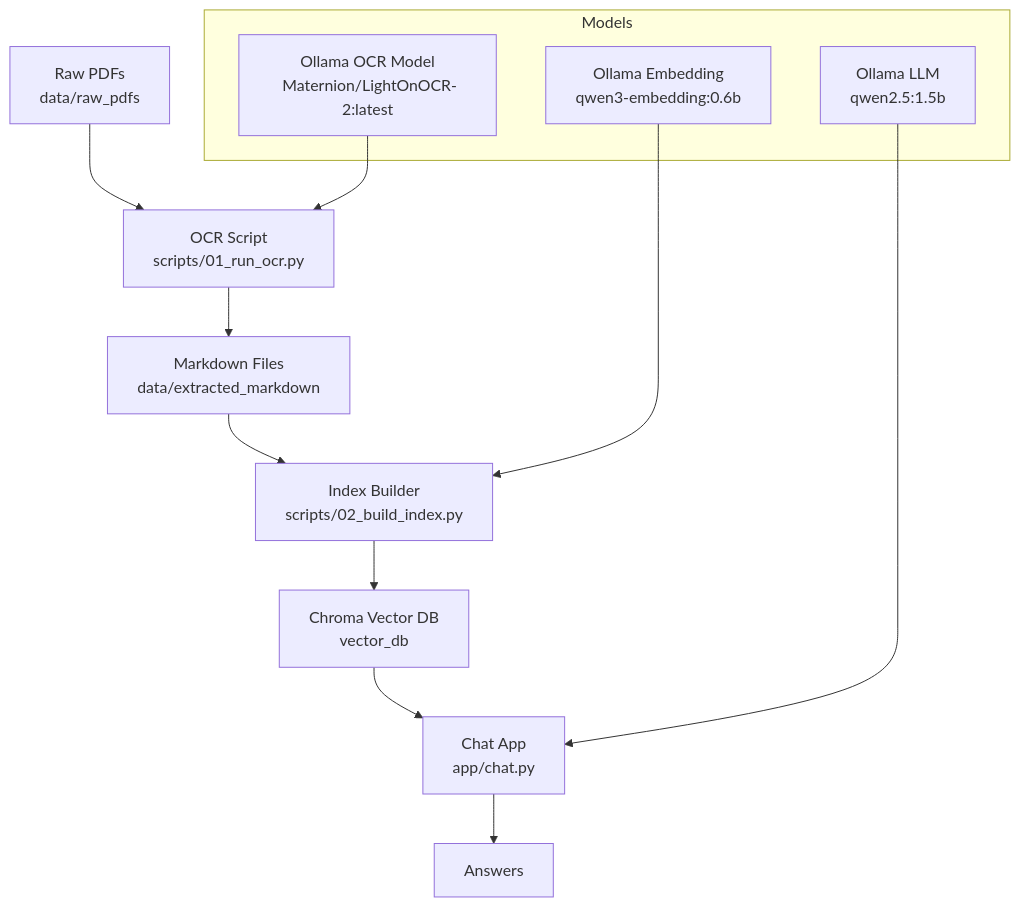
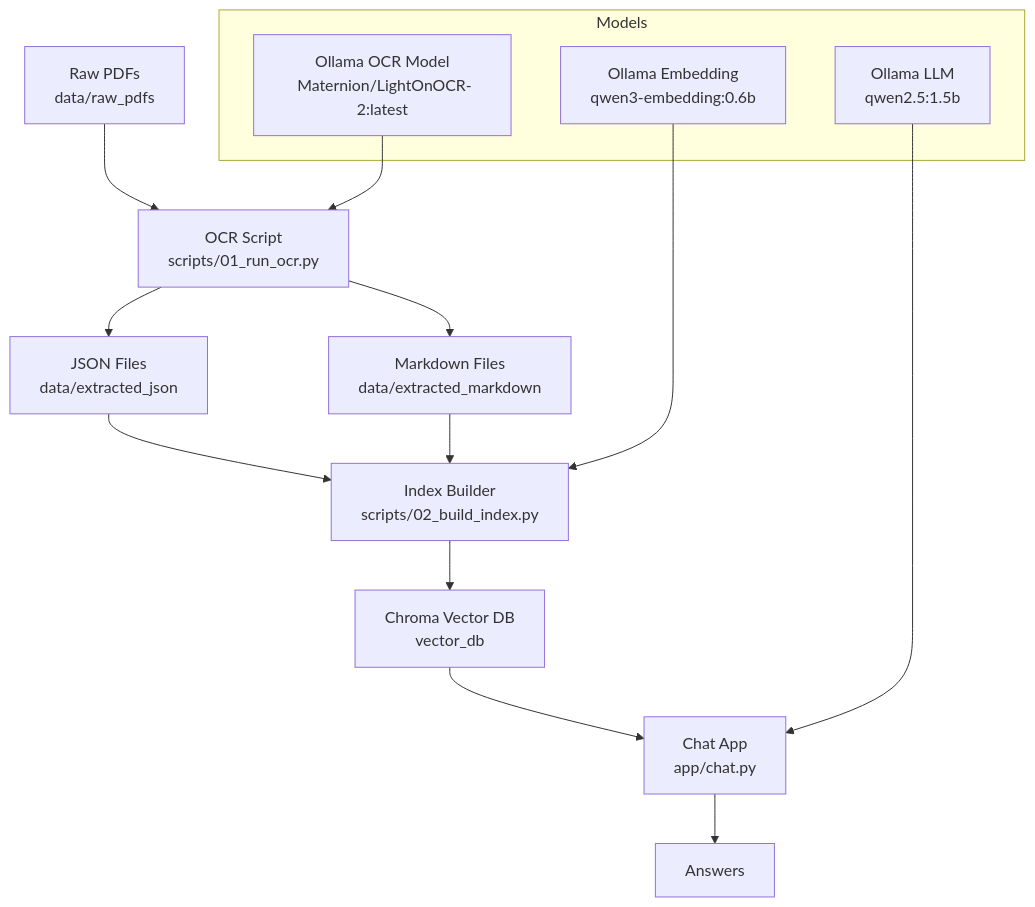
One commit to Rohan1857/mortgage-rag changed the diagram in README.md. Above: the diagram before and after it, drawn with Mermaid. The commit also changed other lines of this file and 4 other files, not shown here.

````diff
--- a/README.md
+++ b/README.md
@@ -11,19 +13,21 @@
 ```mermaid
 flowchart TD
     A[Raw PDFs\n data/raw_pdfs] --> B[OCR Script\n scripts/01_run_ocr.py]
     B --> C[Markdown Files\n data/extracted_markdown]
-    C --> D[Index Builder\n scripts/02_build_index.py]
+    B --> C2[JSON Files\n data/extracted_json]
+    C2 --> D[Index Builder\n scripts/02_build_index.py]
+    C --> D
     D --> E[Chroma Vector DB\n vector_db]
     E --> F[Chat App\n app/chat.py]
     F --> G[Answers]
 
     subgraph Models
         M1[Ollama OCR Model\n Maternion/LightOnOCR-2:latest]
         M2[Ollama Embedding\n qwen3-embedding:0.6b]
         M3[Ollama LLM\n qwen2.5:1.5b]
     end
 
     M1 --> B
     M2 --> D
     M3 --> F
 ```
````
